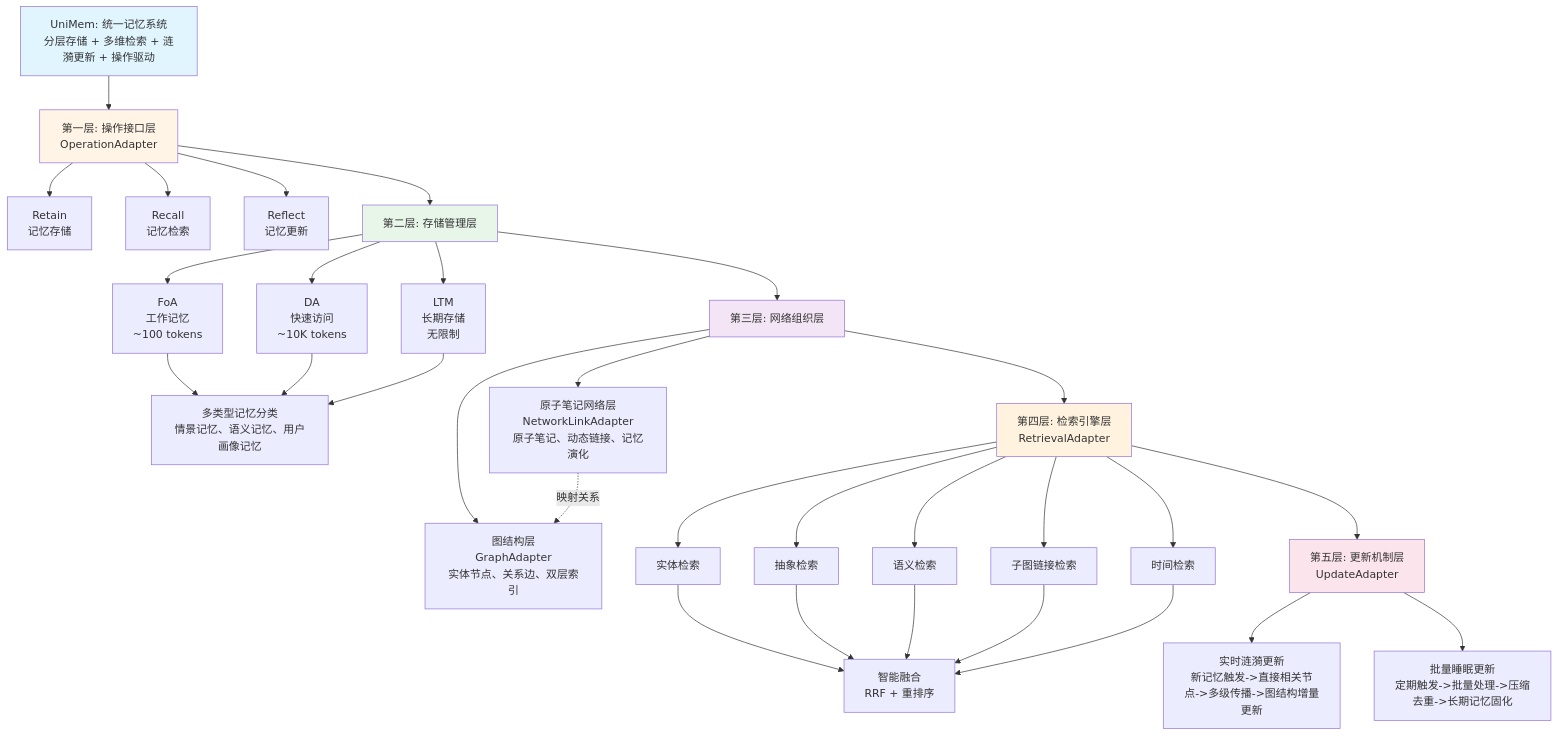
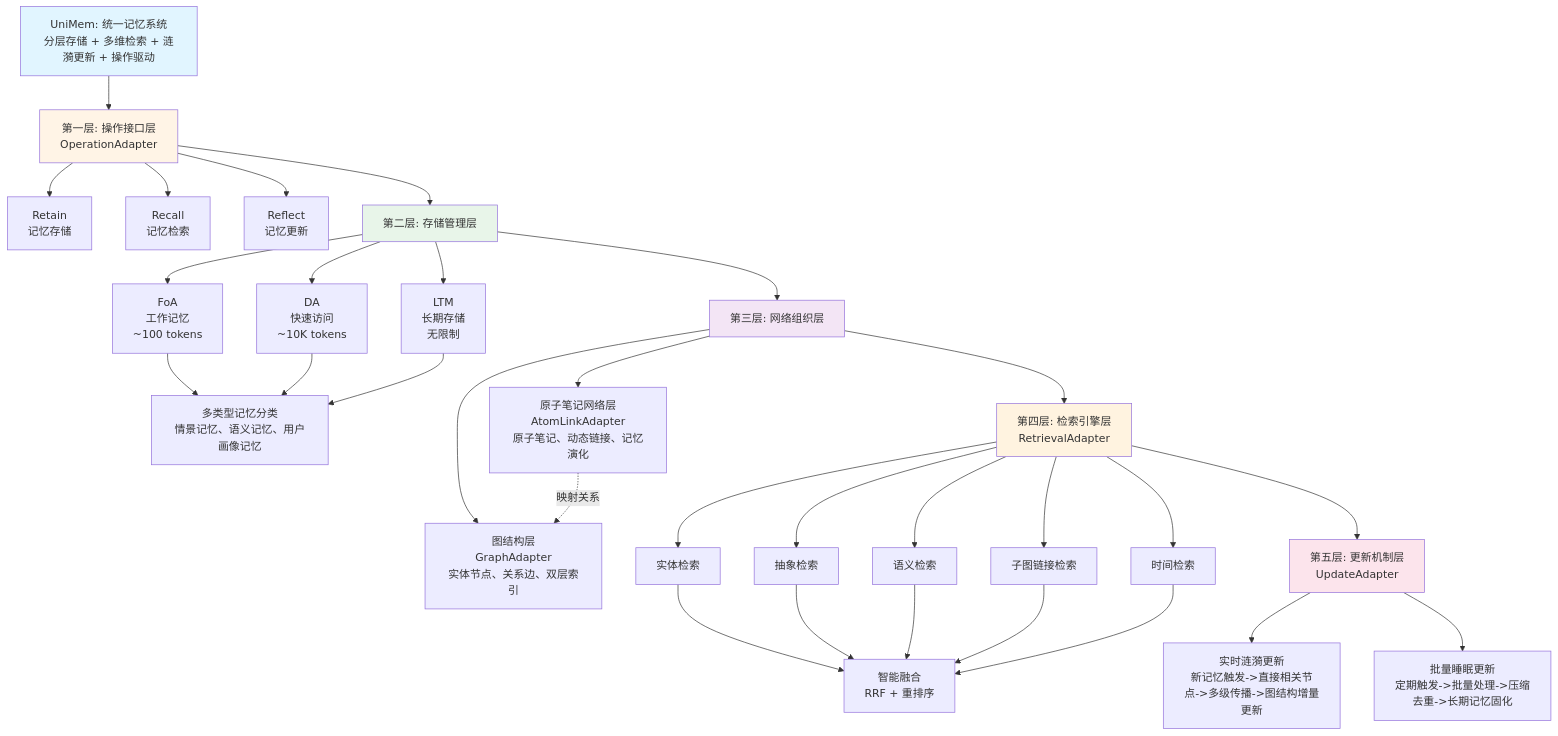
The first of 7 diagrams in src/memory/unimem/README.md (Decalogue/creator), drawn with Mermaid before and after one commit. The commit also changed other lines of this file and 159 other files, not shown here.

````diff
--- a/src/memory/unimem/README.md
+++ b/src/memory/unimem/README.md
@@ -171,47 +171,47 @@
 ```mermaid
 flowchart TD
     A[UniMem: 统一记忆系统<br/>分层存储 + 多维检索 + 涟漪更新 + 操作驱动] 
     
     A --> Layer1[第一层: 操作接口层<br/>OperationAdapter]
     Layer1 --> Retain[Retain<br/>记忆存储]
     Layer1 --> Recall[Recall<br/>记忆检索]
     Layer1 --> Reflect[Reflect<br/>记忆更新]
     
     Layer1 --> Layer2[第二层: 存储管理层]
     Layer2 --> FoA[FoA<br/>工作记忆<br/>~100 tokens]
     Layer2 --> DA[DA<br/>快速访问<br/>~10K tokens]
     Layer2 --> LTM[LTM<br/>长期存储<br/>无限制]
     
     FoA --> MemoryType[多类型记忆分类<br/>情景记忆、语义记忆、用户画像记忆]
     DA --> MemoryType
     LTM --> MemoryType
     
     Layer2 --> Layer3[第三层: 网络组织层]
     Layer3 --> GraphLayer[图结构层<br/>GraphAdapter<br/>实体节点、关系边、双层索引]
-    Layer3 --> NetworkLayer[原子笔记网络层<br/>NetworkLinkAdapter<br/>原子笔记、动态链接、记忆演化]
+    Layer3 --> NetworkLayer[原子笔记网络层<br/>AtomLinkAdapter<br/>原子笔记、动态链接、记忆演化]
     NetworkLayer -.->|映射关系| GraphLayer
     
     Layer3 --> Layer4[第四层: 检索引擎层<br/>RetrievalAdapter]
     Layer4 --> EntityRet[实体检索]
     Layer4 --> AbstractRet[抽象检索]
     Layer4 --> SemanticRet[语义检索]
     Layer4 --> GraphRet[子图链接检索]
     Layer4 --> TemporalRet[时间检索]
     
     EntityRet --> Fusion[智能融合<br/>RRF + 重排序]
     AbstractRet --> Fusion
     SemanticRet --> Fusion
     GraphRet --> Fusion
     TemporalRet --> Fusion
     
     Layer4 --> Layer5[第五层: 更新机制层<br/>UpdateAdapter]
     Layer5 --> Ripple[实时涟漪更新<br/>新记忆触发->直接相关节点->多级传播->图结构增量更新]
     Layer5 --> Sleep[批量睡眠更新<br/>定期触发->批量处理->压缩去重->长期记忆固化]
     
     style A fill:#e1f5ff
     style Layer1 fill:#fff4e6
     style Layer2 fill:#e8f5e9
     style Layer3 fill:#f3e5f5
     style Layer4 fill:#fff3e0
     style Layer5 fill:#fce4ec
 ```
````
